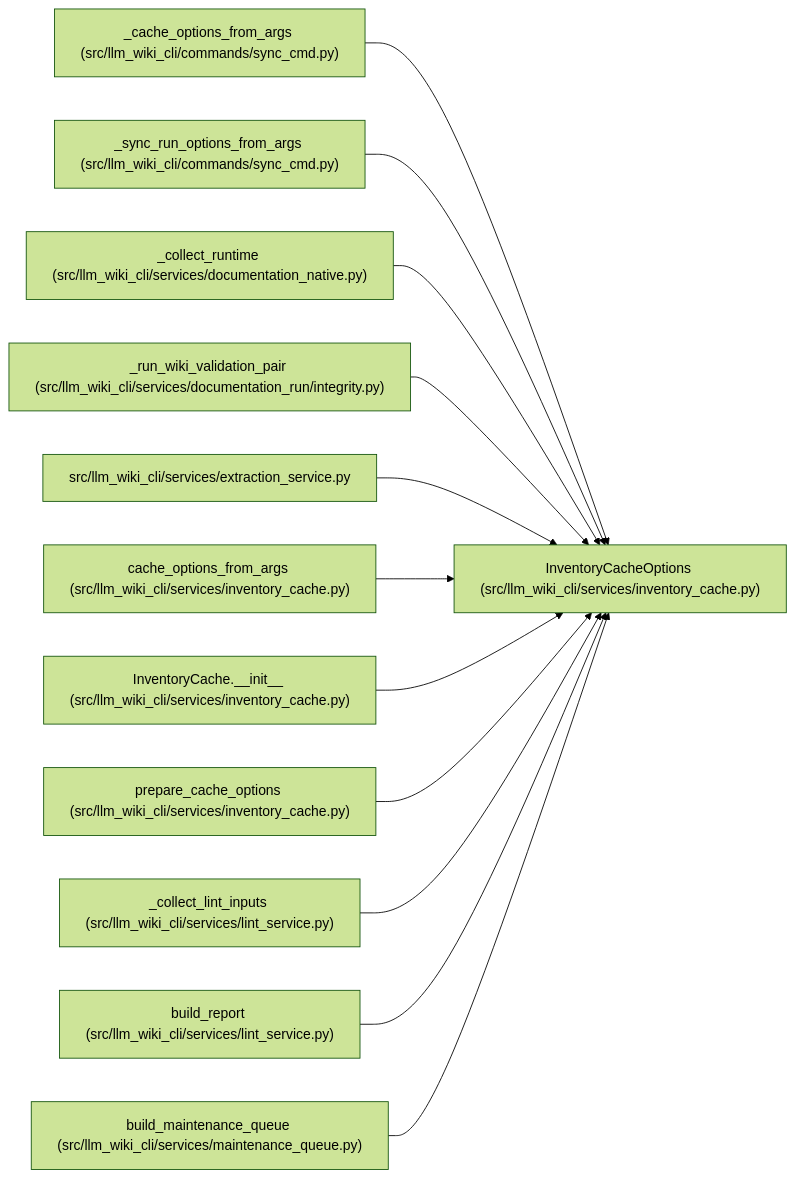
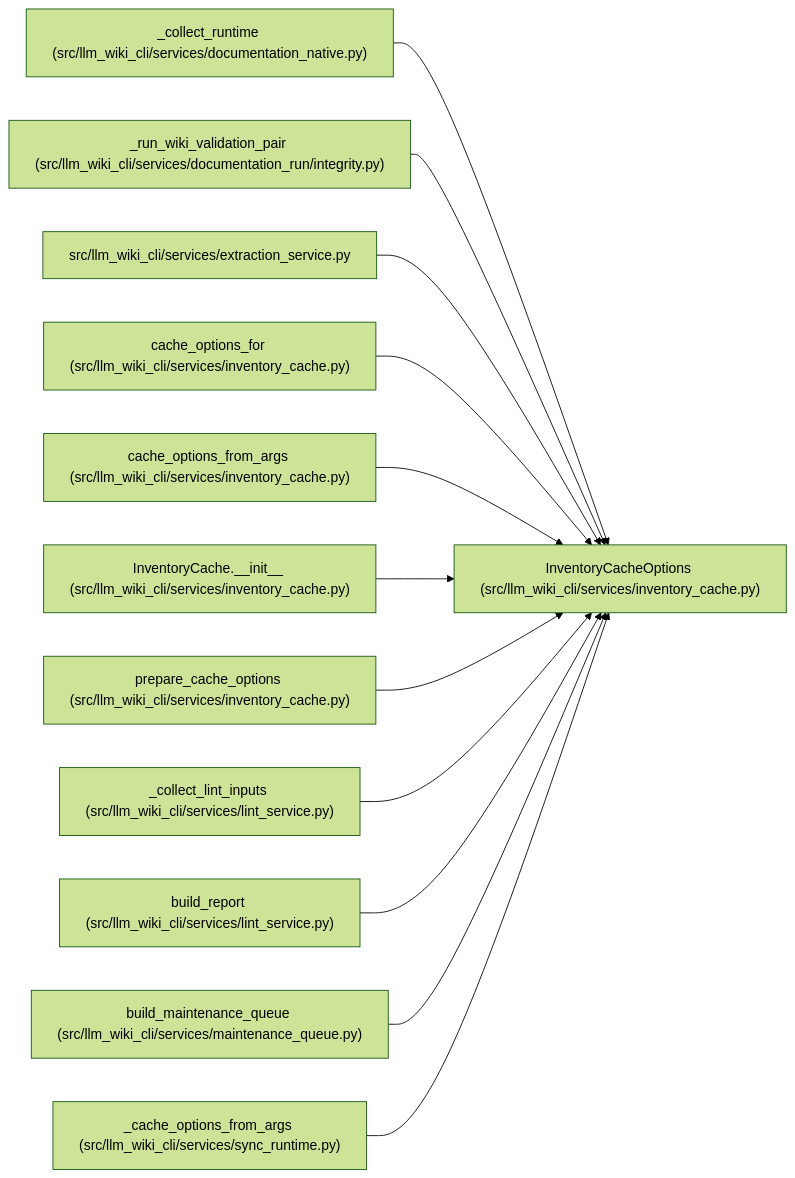
One commit to Denissvgn/python-wiki-llm changed the diagram in docs/llm_wiki/entities/InventoryCacheOptions.md. Above: the diagram before and after it, drawn with Mermaid (forest theme). The commit also changed other lines of this file and 1555 other files, not shown here.

````diff
--- a/docs/llm_wiki/entities/InventoryCacheOptions.md
+++ b/docs/llm_wiki/entities/InventoryCacheOptions.md
@@ -32,38 +32,38 @@
 ```mermaid
 flowchart LR
     n0["InventoryCacheOptions (src/llm_wiki_cli/services/inventory_cache.py)"]
-    n1["_cache_options_from_args (src/llm_wiki_cli/commands/sync_cmd.py)"]
-    n2["_sync_run_options_from_args (src/llm_wiki_cli/commands/sync_cmd.py)"]
-    n3["_collect_runtime (src/llm_wiki_cli/services/documentation_native.py)"]
-    n4["_run_wiki_validation_pair (src/llm_wiki_cli/services/documentation_run/integrity.py)"]
-    n5["src/llm_wiki_cli/services/extraction_service.py"]
-    n6["cache_options_from_args (src/llm_wiki_cli/services/inventory_cache.py)"]
-    n7["InventoryCache.__init__ (src/llm_wiki_cli/services/inventory_cache.py)"]
-    n8["prepare_cache_options (src/llm_wiki_cli/services/inventory_cache.py)"]
-    n9["_collect_lint_inputs (src/llm_wiki_cli/services/lint_service.py)"]
-    n10["build_report (src/llm_wiki_cli/services/lint_service.py)"]
-    n11["build_maintenance_queue (src/llm_wiki_cli/services/maintenance_queue.py)"]
+    n1["_collect_runtime (src/llm_wiki_cli/services/documentation_native.py)"]
+    n2["_run_wiki_validation_pair (src/llm_wiki_cli/services/documentation_run/integrity.py)"]
+    n3["src/llm_wiki_cli/services/extraction_service.py"]
+    n4["cache_options_for (src/llm_wiki_cli/services/inventory_cache.py)"]
+    n5["cache_options_from_args (src/llm_wiki_cli/services/inventory_cache.py)"]
+    n6["InventoryCache.__init__ (src/llm_wiki_cli/services/inventory_cache.py)"]
+    n7["prepare_cache_options (src/llm_wiki_cli/services/inventory_cache.py)"]
+    n8["_collect_lint_inputs (src/llm_wiki_cli/services/lint_service.py)"]
+    n9["build_report (src/llm_wiki_cli/services/lint_service.py)"]
+    n10["build_maintenance_queue (src/llm_wiki_cli/services/maintenance_queue.py)"]
+    n11["_cache_options_from_args (src/llm_wiki_cli/services/sync_runtime.py)"]
     n1 --> n0
     n2 --> n0
     n3 --> n0
     n4 --> n0
     n5 --> n0
     n6 --> n0
     n7 --> n0
     n8 --> n0
     n9 --> n0
     n10 --> n0
     n11 --> n0
     click n0 "../modules/inventory_cache.md"
-    click n1 "../modules/sync_cmd.md"
-    click n2 "../modules/sync_cmd.md"
-    click n3 "../modules/documentation_native.md"
-    click n4 "../modules/integrity.md"
-    click n5 "../modules/extraction_service.md"
+    click n1 "../modules/documentation_native.md"
+    click n2 "../modules/integrity.md"
+    click n3 "../modules/extraction_service.md"
+    click n4 "../modules/inventory_cache.md"
+    click n5 "../modules/inventory_cache.md"
     click n6 "../modules/inventory_cache.md"
     click n7 "../modules/inventory_cache.md"
-    click n8 "../modules/inventory_cache.md"
+    click n8 "../modules/lint_service.md"
     click n9 "../modules/lint_service.md"
-    click n10 "../modules/lint_service.md"
-    click n11 "../modules/maintenance_queue.md"
+    click n10 "../modules/maintenance_queue.md"
+    click n11 "../modules/sync_runtime.md"
 ```
````
